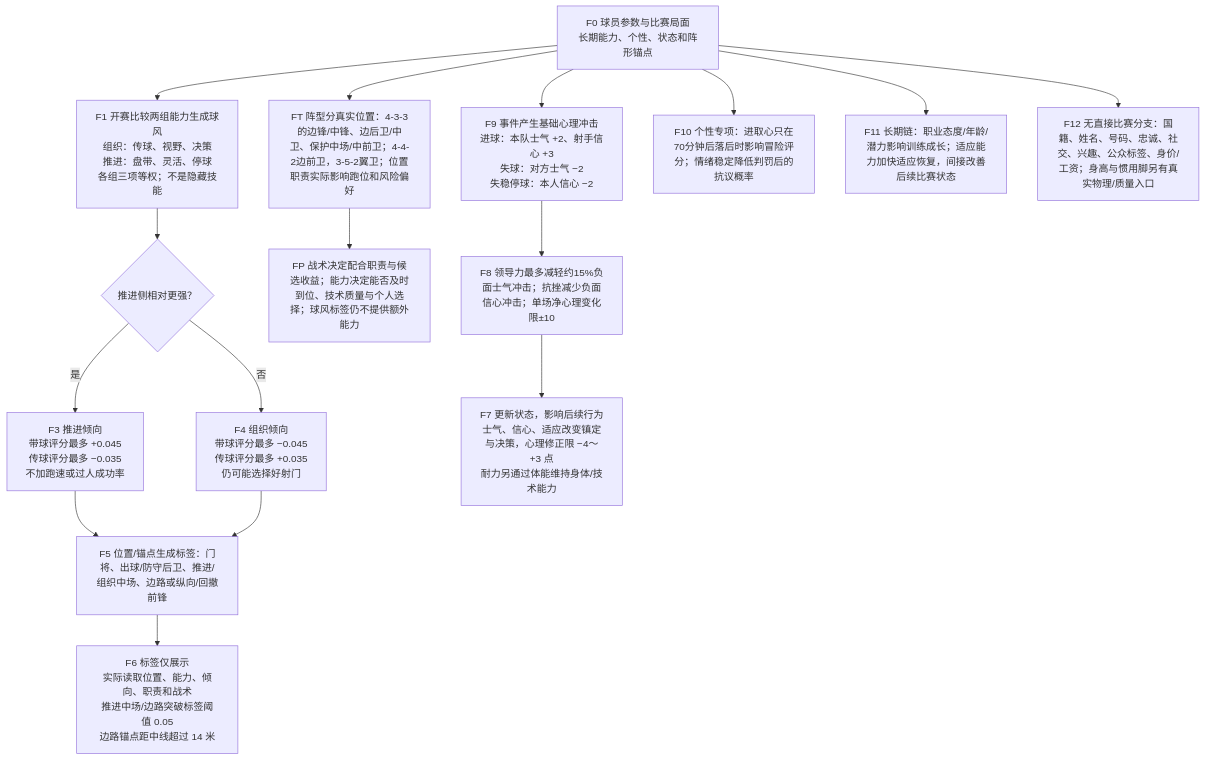
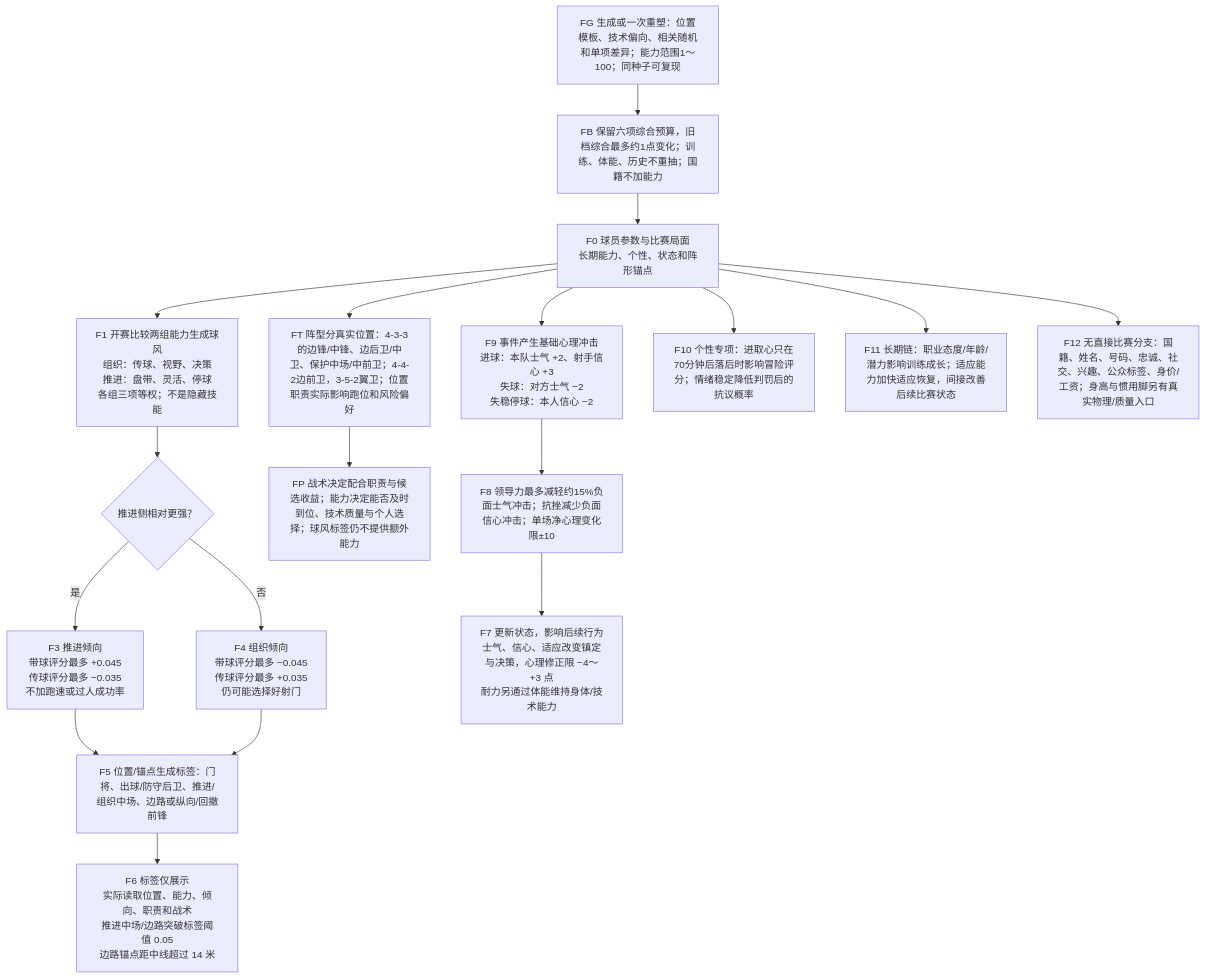
The sixth of 6 diagrams in packages/shared/modules/matches/design/PLAYER_DECISION_MAP.md (sixu3575/touchline-manager), drawn with Mermaid before and after one commit. The commit also changed other lines of this file and 31 other files, not shown here.

````diff
--- a/packages/shared/modules/matches/design/PLAYER_DECISION_MAP.md
+++ b/packages/shared/modules/matches/design/PLAYER_DECISION_MAP.md
@@ -340,18 +340,20 @@
 ```mermaid
 flowchart TD
+  FG["FG 生成或一次重塑：位置模板、技术偏向、相关随机和单项差异；能力范围1～100；同种子可复现"] --> FB["FB 保留六项综合预算，旧档综合最多约1点变化；训练、体能、历史不重抽；国籍不加能力"]
+  FB --> F0
   F0["F0 球员参数与比赛局面<br/>长期能力、个性、状态和阵形锚点"] --> F1["F1 开赛比较两组能力生成球风<br/>组织：传球、视野、决策<br/>推进：盘带、灵活、停球<br/>各组三项等权；不是隐藏技能"]
   F1 --> F2{"推进侧相对更强？"}
   F2 -->|是| F3["F3 推进倾向<br/>带球评分最多 +0.045<br/>传球评分最多 −0.035<br/>不加跑速或过人成功率"]
   F2 -->|否| F4["F4 组织倾向<br/>带球评分最多 −0.045<br/>传球评分最多 +0.035<br/>仍可能选择好射门"]
   F3 --> F5["F5 位置/锚点生成标签：门将、出球/防守后卫、推进/组织中场、边路或纵向/回撤前锋"]
   F4 --> F5
   F5 --> F6["F6 标签仅展示<br/>实际读取位置、能力、倾向、职责和战术<br/>推进中场/边路突破标签阈值 0.05<br/>边路锚点距中线超过 14 米"]
   F0 --> FT["FT 阵型分真实位置：4-3-3的边锋/中锋、边后卫/中卫、保护中场/中前卫；4-4-2边前卫，3-5-2翼卫；位置职责实际影响跑位和风险偏好"]
   FT --> FP["FP 战术决定配合职责与候选收益；能力决定能否及时到位、技术质量与个人选择；球风标签仍不提供额外能力"]
   F0 --> F9["F9 事件产生基础心理冲击<br/>进球：本队士气 +2、射手信心 +3<br/>失球：对方士气 −2<br/>失稳停球：本人信心 −2"]
   F9 --> F8["F8 领导力最多减轻约15%负面士气冲击；抗挫减少负面信心冲击；单场净心理变化限±10"]
   F8 --> F7["F7 更新状态，影响后续行为<br/>士气、信心、适应改变镇定与决策，心理修正限 −4～+3 点<br/>耐力另通过体能维持身体/技术能力"]
   F0 --> F10["F10 个性专项：进取心只在70分钟后落后时影响冒险评分；情绪稳定降低判罚后的抗议概率"]
   F0 --> F11["F11 长期链：职业态度/年龄/潜力影响训练成长；适应能力加快适应恢复，间接改善后续比赛状态"]
   F0 --> F12["F12 无直接比赛分支：国籍、姓名、号码、忠诚、社交、兴趣、公众标签、身价/工资；身高与惯用脚另有真实物理/质量入口"]
 ```
````
